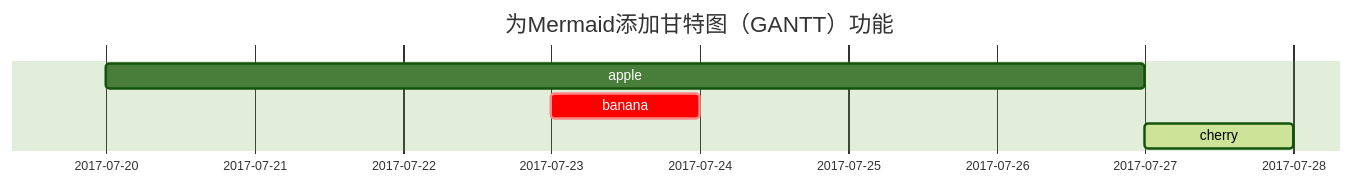
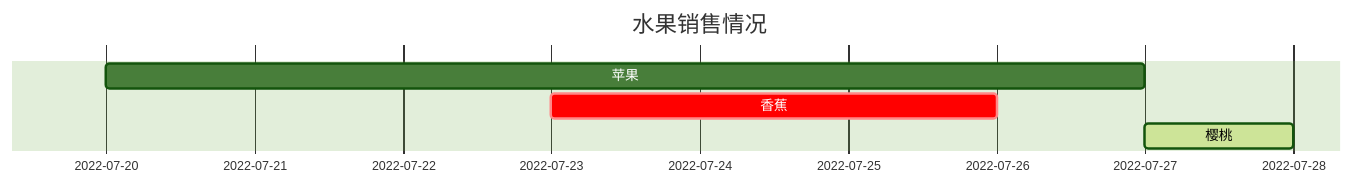
Before and after one commit to fnoobt/fnoobt.github.io: the first of 2 diagrams in _posts/2020-10-11-text-and-typography.md, drawn with Mermaid (forest theme). The commit also changed other lines of this file, not shown here.

````diff
--- a/_posts/2020-10-11-text-and-typography.md
+++ b/_posts/2020-10-11-text-and-typography.md
@@ -384,7 +385,8 @@
 ```mermaid
- gantt
-  title  为Mermaid添加甘特图（GANTT）功能
-  apple :a, 2017-07-20, 1w
-  banana :crit, b, 2017-07-23, 1d
-  cherry :active, c, after b a, 1d
+  gantt
+    title  水果销售情况
+    dateFormat  YYYY-MM-DD
+    苹果 :a, 2022-07-20, 1w
+    香蕉 :crit, b, 2022-07-23, 3d
+    樱桃 :active, c, after b a, 1d
 ```
````
